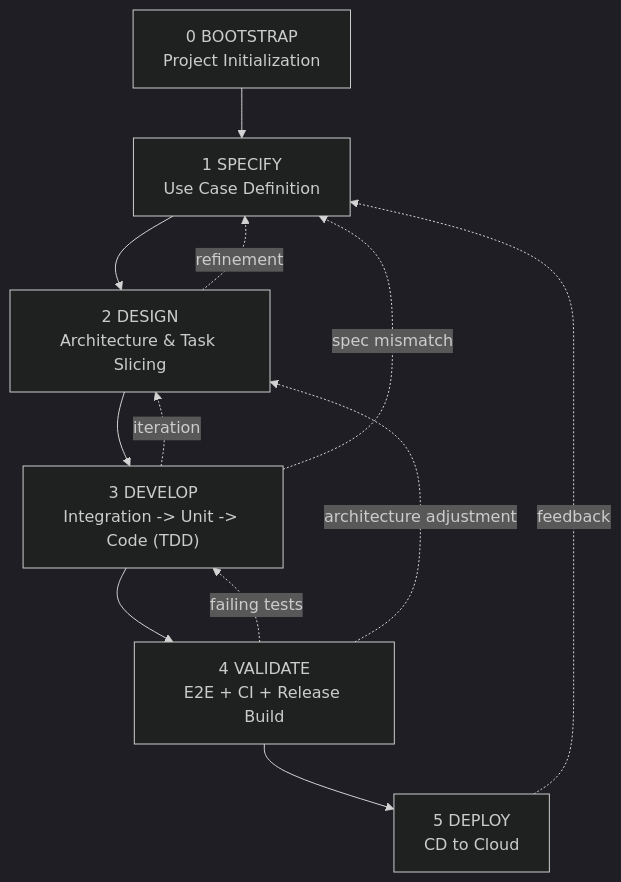
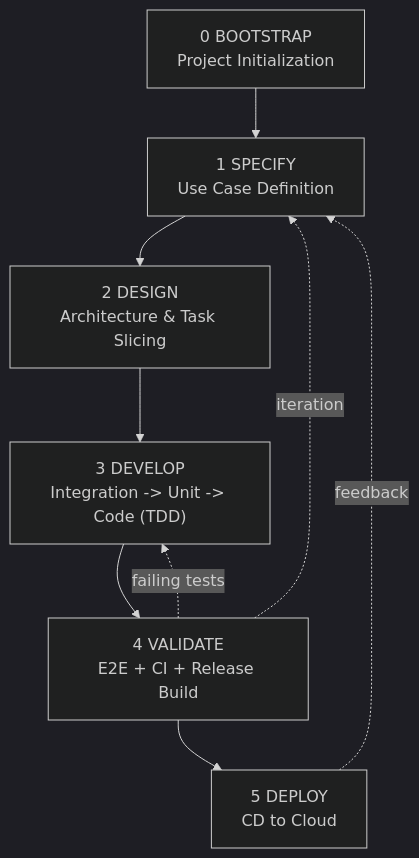
Before and after one commit to AIaSDev/.github: the diagram in profile/README.md, drawn with Mermaid (dark theme).

Commit message:
Update iteration and feedback paths in README
Revised iteration and feedback paths in the diagram.

````diff
--- a/profile/README.md
+++ b/profile/README.md
@@ -32,18 +32,13 @@
 ```mermaid
 flowchart TD
 X["0 BOOTSTRAP<br/>Project Initialization"] --> A["1 SPECIFY<br/>Use Case Definition"]
 A --> B["2 DESIGN<br/>Architecture & Task Slicing"]
 B --> C["3 DEVELOP<br/>Integration -> Unit -> Code (TDD)"]
 C --> D["4 VALIDATE<br/>E2E + CI + Release Build"]
 D --> E["5 DEPLOY<br/>CD to Cloud"]
 
 %% Iteration loops
-C -. iteration .-> B
 D -. failing tests .-> C
+D -. iteration .-> A
 E -. feedback .-> A
-
-%% Additional backward paths
-B -. refinement .-> A
-C -. spec mismatch .-> A
-D -. architecture adjustment .-> B
 ```
````
